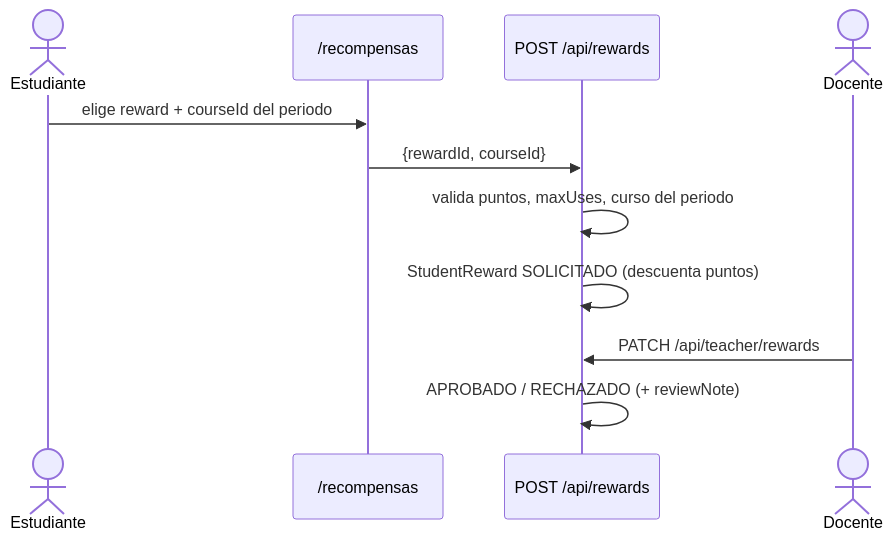
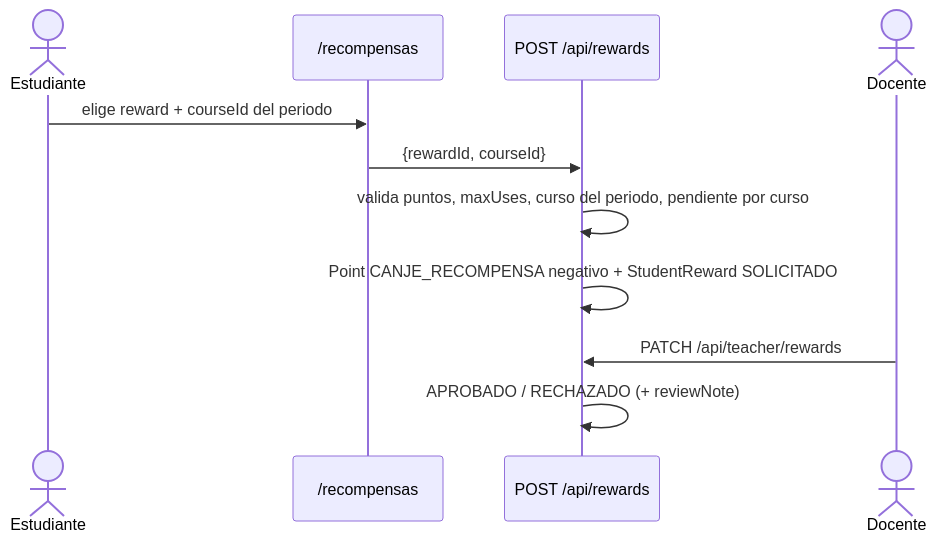
One commit to LuisFelipe634/utb-gamificacion changed the sixth of 7 diagrams in docs/arc42.md. Above: the diagram before and after it, drawn with Mermaid. The commit also changed other lines of this file and 21 other files, not shown here.

````diff
--- a/docs/arc42.md
+++ b/docs/arc42.md
@@ -170,13 +213,13 @@
 ```mermaid
 sequenceDiagram
     actor E as Estudiante
     participant R as /recompensas
     participant A as POST /api/rewards
     actor Do as Docente
     E->>R: elige reward + courseId del periodo
     R->>A: {rewardId, courseId}
-    A->>A: valida puntos, maxUses, curso del periodo
-    A->>A: StudentReward SOLICITADO (descuenta puntos)
+    A->>A: valida puntos, maxUses, curso del periodo, pendiente por curso
+    A->>A: Point CANJE_RECOMPENSA negativo + StudentReward SOLICITADO
     Do->>A: PATCH /api/teacher/rewards
     A->>A: APROBADO / RECHAZADO (+ reviewNote)
 ```
````
